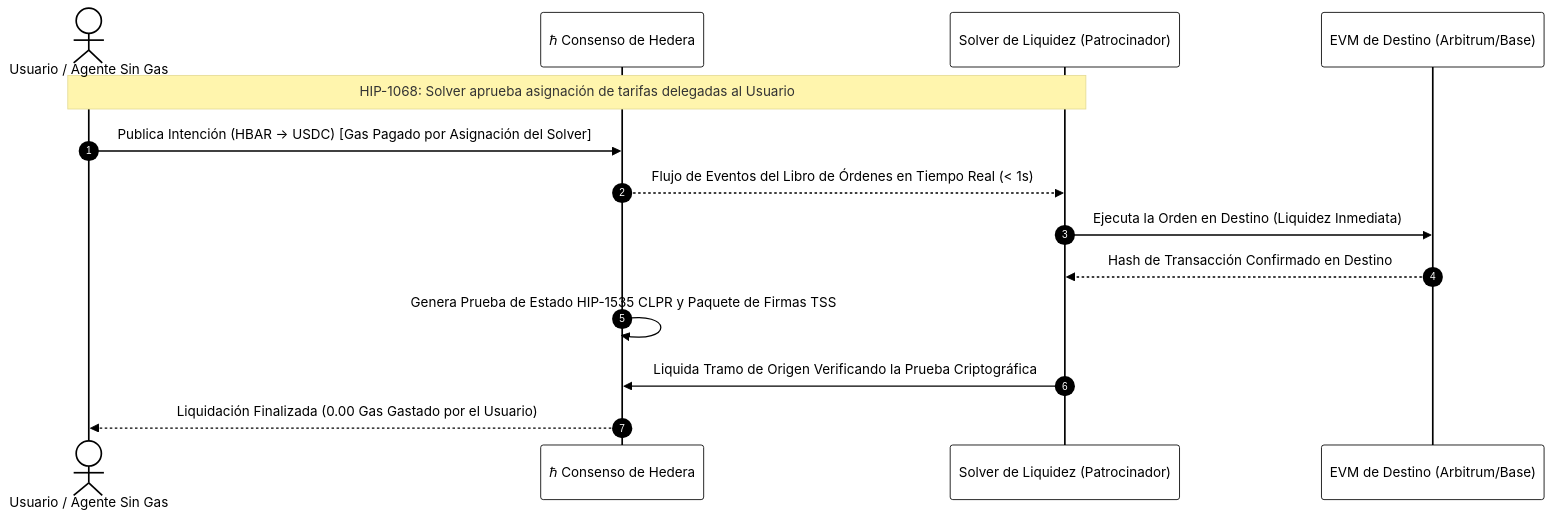
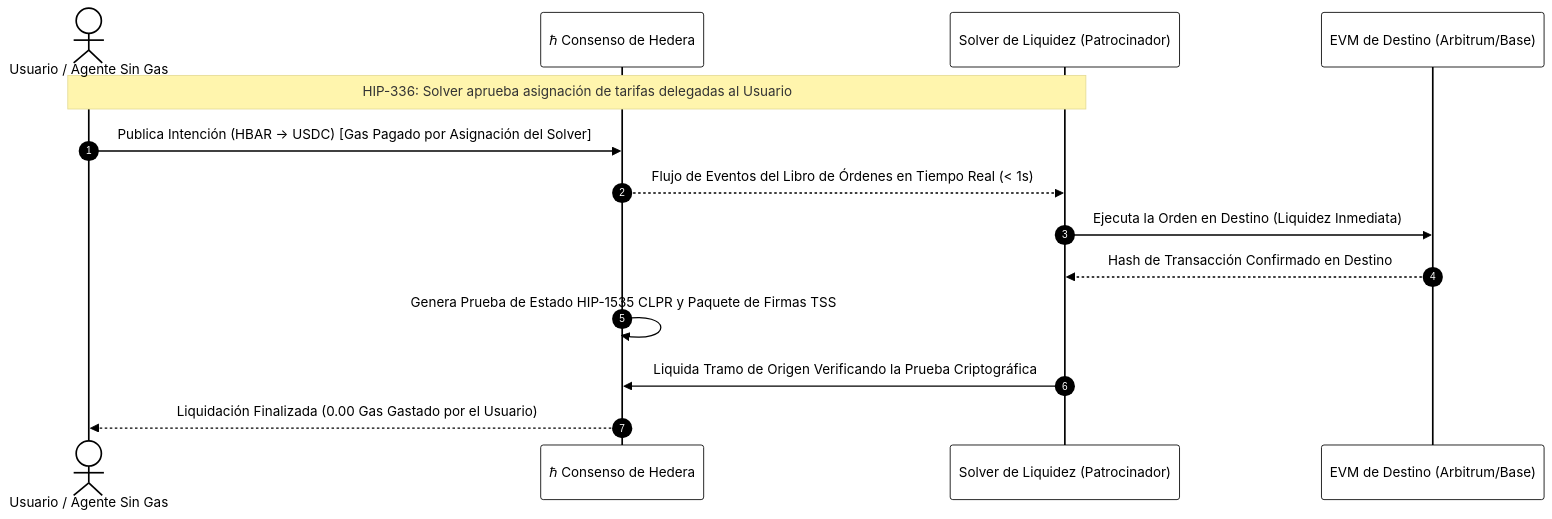
Before and after one commit to altaga/Hedera-By-Example: the diagram in course/Spanish/M13_Cross_Ledger_and_Data_Streams/README.md, drawn with Mermaid. The commit also changed other lines of this file and 17 other files, not shown here.

````diff
--- a/course/Spanish/M13_Cross_Ledger_and_Data_Streams/README.md
+++ b/course/Spanish/M13_Cross_Ledger_and_Data_Streams/README.md
@@ -26,35 +26,35 @@
 ```mermaid
 %%{init: {
   'theme': 'base',
   'themeVariables': {
     'primaryColor': '#ffffff',
     'primaryTextColor': '#000000',
     'primaryBorderColor': '#000000',
     'lineColor': '#000000',
     'secondaryColor': '#FF4500',
     'tertiaryColor': '#ffffff',
     'mainBkg': '#ffffff',
     'nodeBorder': '#000000',
     'clusterBkg': '#F9F9F6',
     'clusterBorder': '#000000',
     'fontSize': '14px',
     'fontFamily': 'Inter, system-ui, -apple-system, sans-serif',
     'nodeRadius': '0px'
   }
 }}%%
 sequenceDiagram
     autonumber
     actor User as  Usuario / Agente Sin Gas
     participant Hedera as ℏ Consenso de Hedera
     participant Solver as  Solver de Liquidez (Patrocinador)
     participant DestChain as  EVM de Destino (Arbitrum/Base)
 
-    Note over User,Solver: HIP-1068: Solver aprueba asignación de tarifas delegadas al Usuario
+    Note over User,Solver: HIP-336: Solver aprueba asignación de tarifas delegadas al Usuario
     User->>Hedera: Publica Intención (HBAR -> USDC) [Gas Pagado por Asignación del Solver]
     Hedera-->>Solver: Flujo de Eventos del Libro de Órdenes en Tiempo Real (< 1s)
     Solver->>DestChain: Ejecuta la Orden en Destino (Liquidez Inmediata)
     DestChain-->>Solver: Hash de Transacción Confirmado en Destino
     Hedera->>Hedera: Genera Prueba de Estado HIP-1535 CLPR y Paquete de Firmas TSS
     Solver->>Hedera: Liquida Tramo de Origen Verificando la Prueba Criptográfica
     Hedera-->>User: Liquidación Finalizada (0.00 Gas Gastado por el Usuario)
 ```
````
